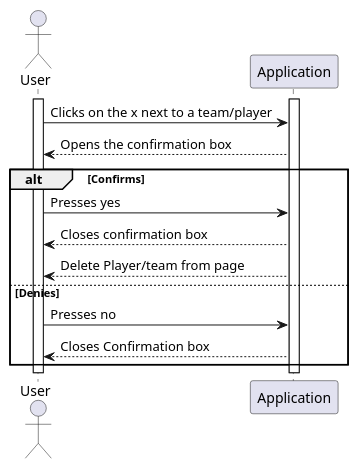
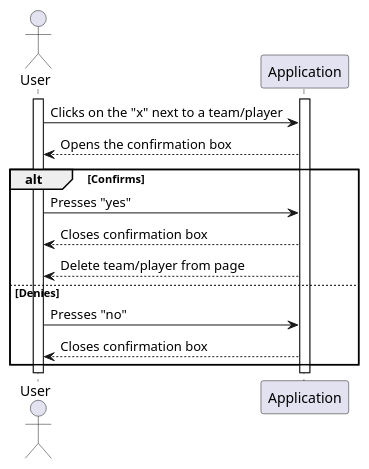
The diagram in ProjektUML/SequencediagramUserAppData/sequence_diagram_deleteTeam.wsd (itzMesh/DCST1008-Prosjekt), drawn with PlantUML before and after one commit. The commit also changed 15 other files, not shown here.

```diff
--- a/ProjektUML/SequencediagramUserAppData/sequence_diagram_deleteTeam.wsd
+++ b/ProjektUML/SequencediagramUserAppData/sequence_diagram_deleteTeam.wsd
@@ -1,23 +1,23 @@
 @startuml createTournament
 
 actor User as U
 participant Application as A
 
 activate U
 activate A
 
-U->A: Clicks on the x next to a team/player
+U->A: Clicks on the "x" next to a team/player
 A-->U: Opens the confirmation box
 alt Confirms
-    U->A: Presses yes
+    U->A: Presses "yes"
     A-->U: Closes confirmation box
-    A-->U: Delete Player/team from page
+    A-->U: Delete team/player from page
 else Denies
-    U->A: Presses no
-    A-->U: Closes Confirmation box
+    U->A: Presses "no"
+    A-->U: Closes confirmation box
 
 end
 
 
 
 @enduml
```
